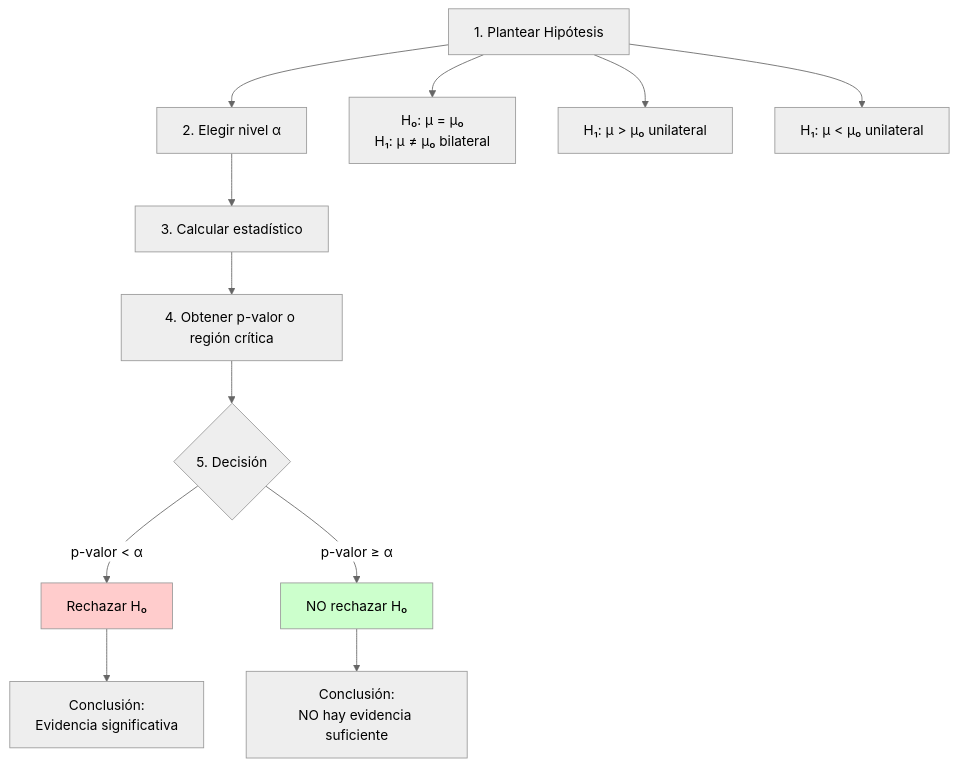
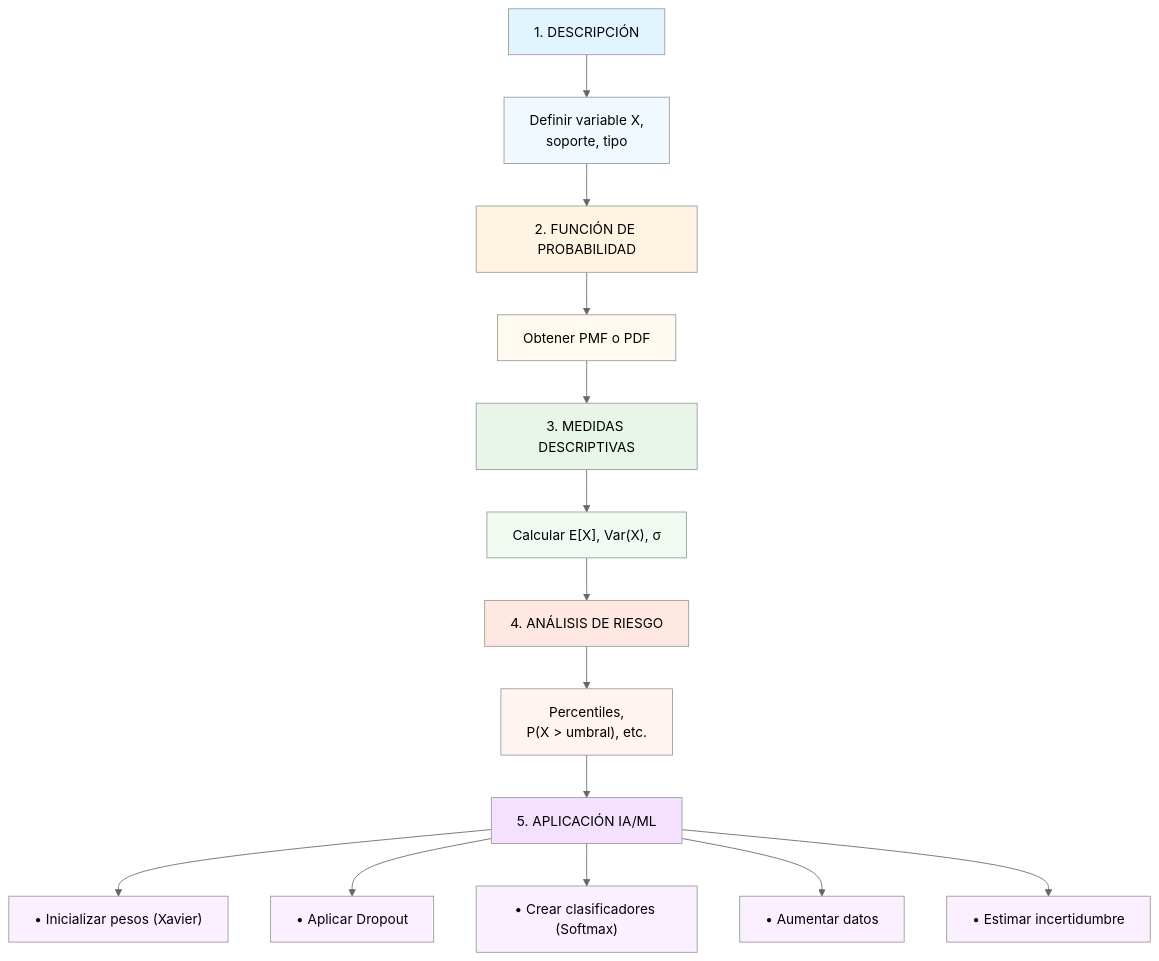
The second of 2 diagrams in docs/ud3/resumen.md (raul-drupal-dev/uax-estadistica-I), drawn with Mermaid (neutral theme) before and after one commit. The commit also changed other lines of this file and 30 other files, not shown here.

````diff
--- a/docs/ud3/resumen.md
+++ b/docs/ud3/resumen.md
@@ -123,20 +125,31 @@
 ```mermaid
-graph TD
-    A["1. Plantear Hipótesis"] --> B["2. Elegir nivel α"]
-    B --> C["3. Calcular estadístico"]
-    C --> D["4. Obtener p-valor o región crítica"]
-    D --> E{"5. Decisión"}
+flowchart TD
+    A["1. DESCRIPCIÓN"] --> A1["Definir variable X,<br/>soporte, tipo"]
+    A1 --> B["2. FUNCIÓN DE PROBABILIDAD"]
+    B --> B1["Obtener PMF o PDF"]
+    B1 --> C["3. MEDIDAS DESCRIPTIVAS"]
+    C --> C1["Calcular E[X], Var(X), σ"]
+    C1 --> D["4. ANÁLISIS DE RIESGO"]
+    D --> D1["Percentiles,<br/>P(X > umbral), etc."]
+    D1 --> E["5. APLICACIÓN IA/ML"]
+    E --> E1["• Inicializar pesos (Xavier)"]
+    E --> E2["• Aplicar Dropout"]
+    E --> E3["• Crear clasificadores (Softmax)"]
+    E --> E4["• Aumentar datos"]
+    E --> E5["• Estimar incertidumbre"]
 
-    E -->|p-valor < α| F["Rechazar H₀"]
-    E -->|p-valor ≥ α| G["NO rechazar H₀"]
-
-    F --> H["Conclusión:<br/>Evidencia significativa"]
-    G --> I["Conclusión:<br/>NO hay evidencia suficiente"]
-
-    A --> A1["H₀: μ = μ₀<br/>H₁: μ ≠ μ₀ bilateral"]
-    A --> A2["H₁: μ > μ₀ unilateral"]
-    A --> A3["H₁: μ < μ₀ unilateral"]
-
-    style F fill:#ffcccc
-    style G fill:#ccffcc
+    style A fill:#e1f5ff
+    style B fill:#fff4e1
+    style C fill:#e8f5e9
+    style D fill:#ffe8e1
+    style E fill:#f3e1ff
+    style A1 fill:#f0f9ff
+    style B1 fill:#fffaf0
+    style C1 fill:#f0faf1
+    style D1 fill:#fff4f0
+    style E1 fill:#faf0ff
+    style E2 fill:#faf0ff
+    style E3 fill:#faf0ff
+    style E4 fill:#faf0ff
+    style E5 fill:#faf0ff
 ```
````
